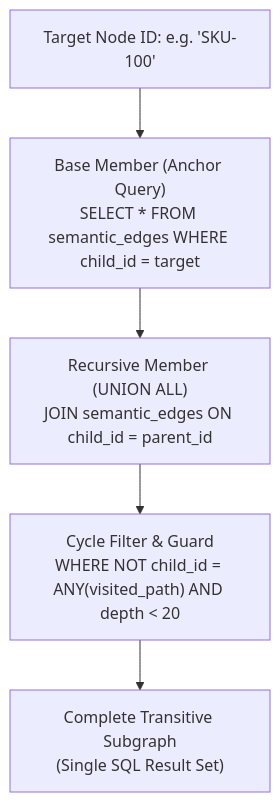
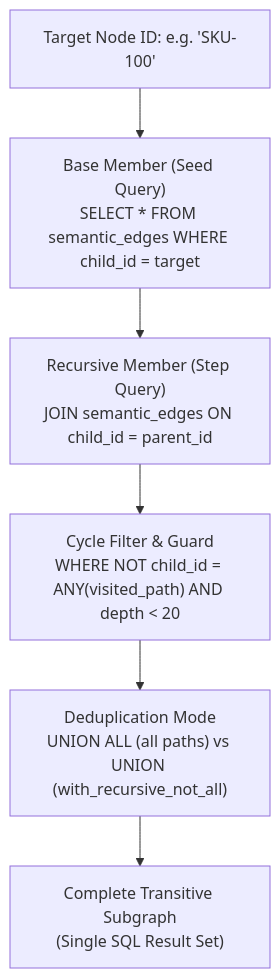
The diagram in doc/16_Hierarchical_Recursive_CTE_Traversals.md (yasuomaidana/embedag), drawn with Mermaid before and after one commit. The commit also changed other lines of this file and 12 other files, not shown here.

Commit message:
feat: enhance documentation for extraction schemas and retrieval architecture

````diff
--- a/doc/16_Hierarchical_Recursive_CTE_Traversals.md
+++ b/doc/16_Hierarchical_Recursive_CTE_Traversals.md
@@ -23,7 +23,8 @@
 ```mermaid
 flowchart TD
-    TargetNode["Target Node ID: e.g. 'SKU-100'"] --> Anchor["Base Member (Anchor Query)<br/>SELECT * FROM semantic_edges WHERE child_id = target"]
-    Anchor --> RecursiveMember["Recursive Member (UNION ALL)<br/>JOIN semantic_edges ON child_id = parent_id"]
+    TargetNode["Target Node ID: e.g. 'SKU-100'"] --> Anchor["Base Member (Seed Query)<br/>SELECT * FROM semantic_edges WHERE child_id = target"]
+    Anchor --> RecursiveMember["Recursive Member (Step Query)<br/>JOIN semantic_edges ON child_id = parent_id"]
     RecursiveMember --> CycleFilter["Cycle Filter & Guard<br/>WHERE NOT child_id = ANY(visited_path) AND depth < 20"]
-    CycleFilter --> ResultSet["Complete Transitive Subgraph<br/>(Single SQL Result Set)"]
+    CycleFilter --> Deduplication["Deduplication Mode<br/>UNION ALL (all paths) vs UNION (with_recursive_not_all)"]
+    Deduplication --> ResultSet["Complete Transitive Subgraph<br/>(Single SQL Result Set)"]
 ```
````
